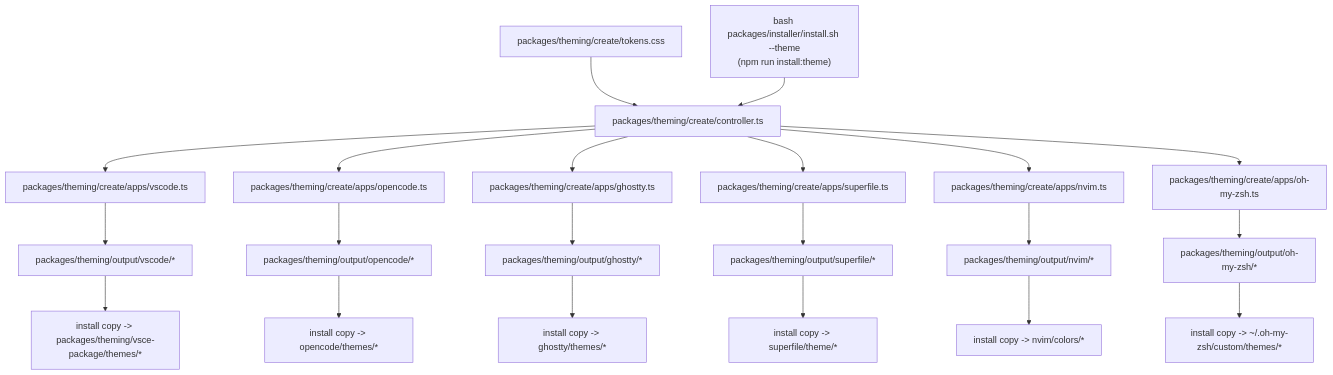
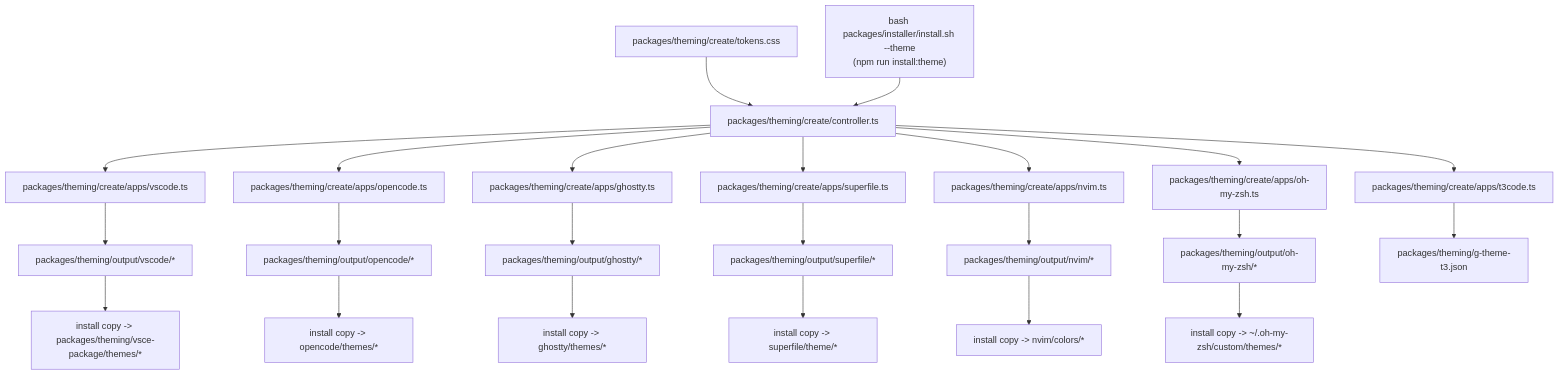
One commit to g-moe/.dotfiles changed the diagram in packages/theming/create/README.md. Above: the diagram before and after it, drawn with Mermaid. The commit also changed other lines of this file and 5 other files, not shown here.

````diff
--- a/packages/theming/create/README.md
+++ b/packages/theming/create/README.md
@@ -3,26 +3,28 @@
 ```mermaid
 flowchart TD
   A["packages/theming/create/tokens.css"] --> B["packages/theming/create/controller.ts"]
   B --> C["packages/theming/create/apps/vscode.ts"]
   B --> D["packages/theming/create/apps/opencode.ts"]
   B --> E["packages/theming/create/apps/ghostty.ts"]
   B --> F["packages/theming/create/apps/superfile.ts"]
   B --> G["packages/theming/create/apps/nvim.ts"]
   B --> H["packages/theming/create/apps/oh-my-zsh.ts"]
+  B --> V["packages/theming/create/apps/t3code.ts"]
 
   C --> I["packages/theming/output/vscode/*"]
   D --> J["packages/theming/output/opencode/*"]
   E --> K["packages/theming/output/ghostty/*"]
   F --> L["packages/theming/output/superfile/*"]
   G --> M["packages/theming/output/nvim/*"]
   H --> N["packages/theming/output/oh-my-zsh/*"]
+  V --> W["packages/theming/g-theme-t3.json"]
 
   I --> O["install copy -> packages/theming/vsce-package/themes/*"]
   J --> P["install copy -> opencode/themes/*"]
   K --> Q["install copy -> ghostty/themes/*"]
   L --> R["install copy -> superfile/theme/*"]
   M --> S["install copy -> nvim/colors/*"]
   N --> T["install copy -> ~/.oh-my-zsh/custom/themes/*"]
 
   U["bash packages/installer/install.sh --theme\n(npm run install:theme)"] --> B
 ```
````
